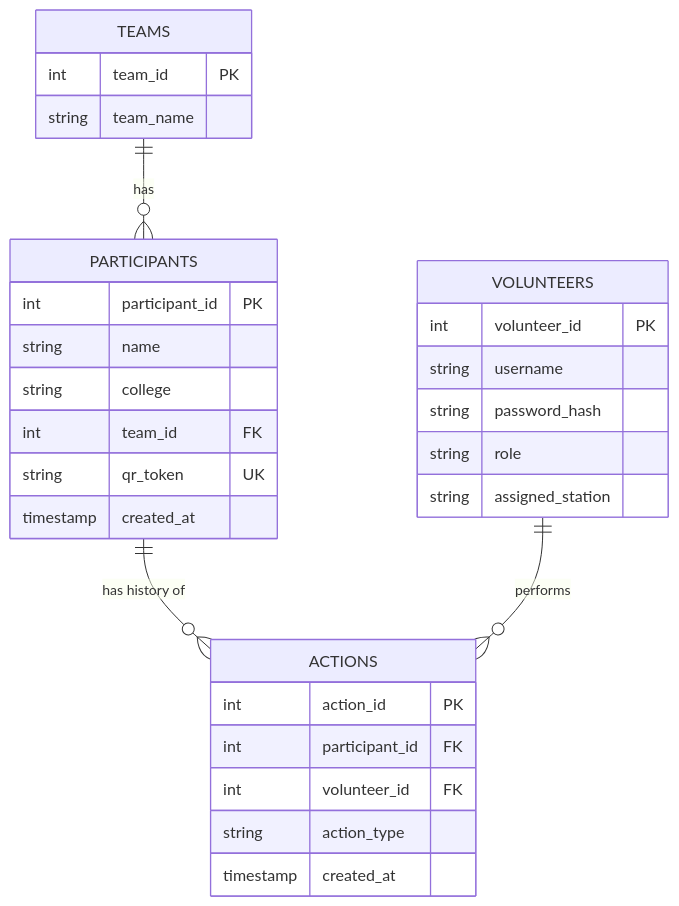
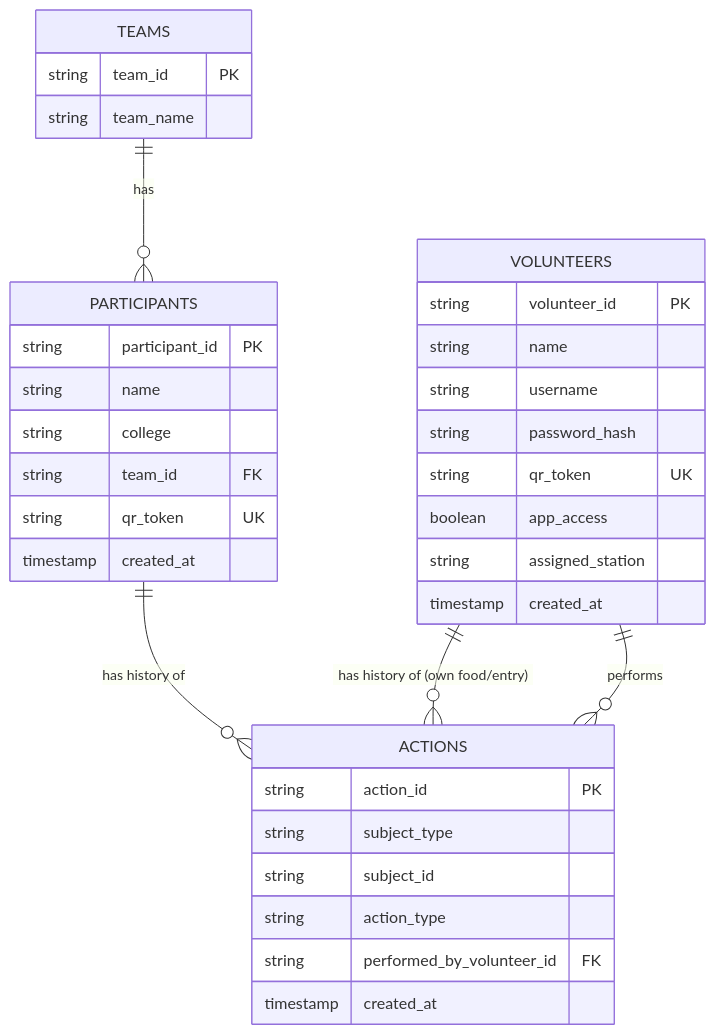
One commit to Prayas4590/TechForge2.0_App changed the second of 22 diagrams in Event_Entry.md. Above: the diagram before and after it, drawn with Mermaid. The commit also changed other lines of this file, not shown here.

````diff
--- a/Event_Entry.md
+++ b/Event_Entry.md
@@ -85,36 +86,41 @@
 ```mermaid
 erDiagram
     TEAMS ||--o{ PARTICIPANTS : has
     PARTICIPANTS ||--o{ ACTIONS : "has history of"
+    VOLUNTEERS ||--o{ ACTIONS : "has history of (own food/entry)"
     VOLUNTEERS ||--o{ ACTIONS : performs
 
     TEAMS {
-        int team_id PK
+        string team_id PK
         string team_name
     }
 
     PARTICIPANTS {
-        int participant_id PK
+        string participant_id PK
         string name
         string college
-        int team_id FK
+        string team_id FK
         string qr_token UK
         timestamp created_at
     }
 
     VOLUNTEERS {
-        int volunteer_id PK
+        string volunteer_id PK
+        string name
         string username
         string password_hash
-        string role
+        string qr_token UK
+        boolean app_access
         string assigned_station
+        timestamp created_at
     }
 
     ACTIONS {
-        int action_id PK
-        int participant_id FK
-        int volunteer_id FK
+        string action_id PK
+        string subject_type
+        string subject_id
         string action_type
+        string performed_by_volunteer_id FK
         timestamp created_at
     }
 ```
````
